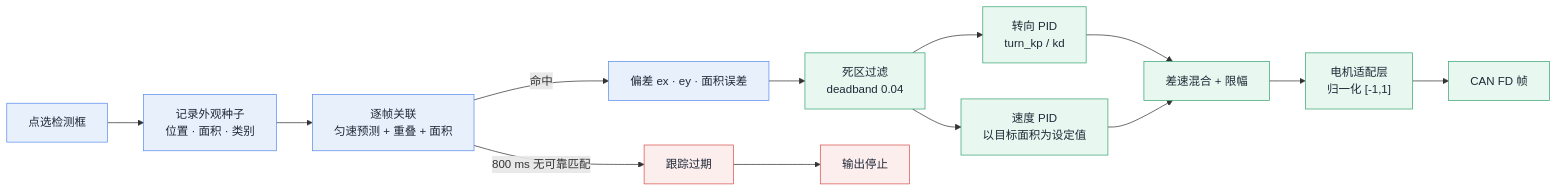
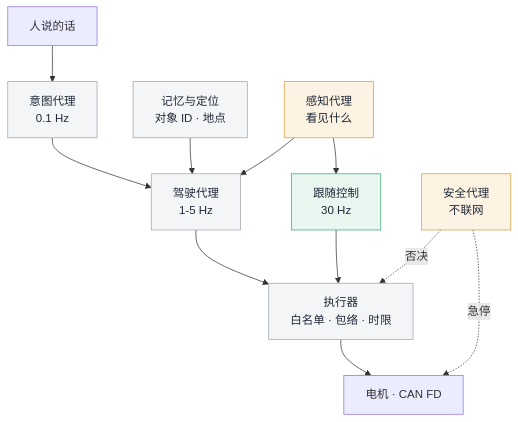
The second of 2 diagrams in README.md (qianruo-orange/autonomous-driving-car), drawn with Mermaid before and after one commit. The commit also changed other lines of this file and 1 other file, not shown here.

Commit message:
docs: replace README with a narrative rewrite; lead with the multi-agent control roadmap

````diff
--- a/README.md
+++ b/README.md
@@ -280,22 +138,20 @@
 ```mermaid
-flowchart LR
-    CLICK["点选检测框"] --> SEED["记录外观种子<br/>位置 · 面积 · 类别"]
-    SEED --> MATCH["逐帧关联<br/>匀速预测 + 重叠 + 面积"]
-    MATCH -->|"命中"| ERR["偏差 ex · ey · 面积误差"]
-    MATCH -->|"800 ms 无可靠匹配"| LOST["跟踪过期"]
-    ERR --> DB["死区过滤<br/>deadband 0.04"]
-    DB --> TURN["转向 PID<br/>turn_kp / kd"]
-    DB --> SPEED["速度 PID<br/>以目标面积为设定值"]
-    TURN --> MIX["差速混合 + 限幅"]
-    SPEED --> MIX
-    MIX --> OPS["电机适配层<br/>归一化 [-1,1]"]
-    OPS --> BUS["CAN FD 帧"]
-    LOST --> STOP["输出停止"]
+flowchart TB
+    H["人说的话"] --> IN["意图代理<br/>0.1 Hz"]
+    IN --> PL["驾驶代理<br/>1-5 Hz"]
+    MEM["记忆与定位<br/>对象 ID · 地点"] --> PL
+    PER["感知代理<br/>看见什么"] --> PL
+    PER --> REF["跟随控制<br/>30 Hz"]
+    PL --> EX["执行器<br/>白名单 · 包络 · 时限"]
+    REF --> EX
+    SAF["安全代理<br/>不联网"] -.->|否决| EX
+    SAF -.->|急停| MOT["电机 · CAN FD"]
+    EX --> MOT
 
-    classDef io fill:#e8f1fb,stroke:#5b8def,color:#1f2937
-    classDef ctl fill:#e8f7ef,stroke:#3aa675,color:#1f2937
-    classDef warn fill:#fdeeee,stroke:#d9534f,color:#1f2937
-    class CLICK,SEED,MATCH,ERR io
-    class DB,TURN,SPEED,MIX,OPS,BUS ctl
-    class LOST,STOP warn
+    classDef done fill:#e8f7ef,stroke:#3aa675,color:#1f2937
+    classDef half fill:#fdf3e3,stroke:#d99b3a,color:#1f2937
+    classDef todo fill:#f4f5f7,stroke:#9aa4b2,color:#1f2937
+    class REF done
+    class PER,SAF half
+    class IN,PL,MEM,EX todo
 ```
````
